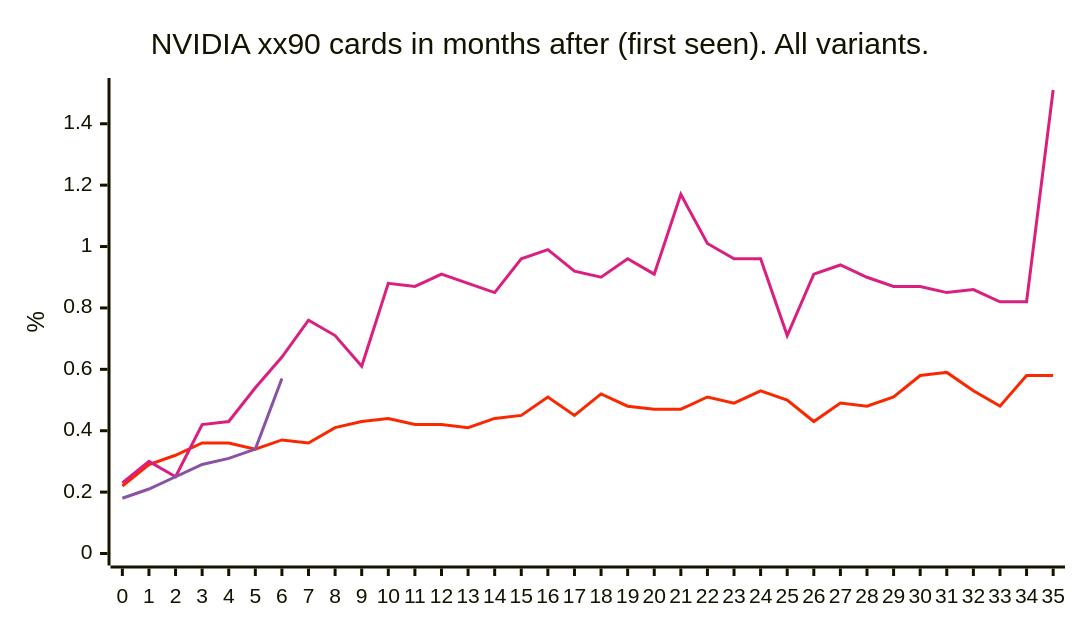
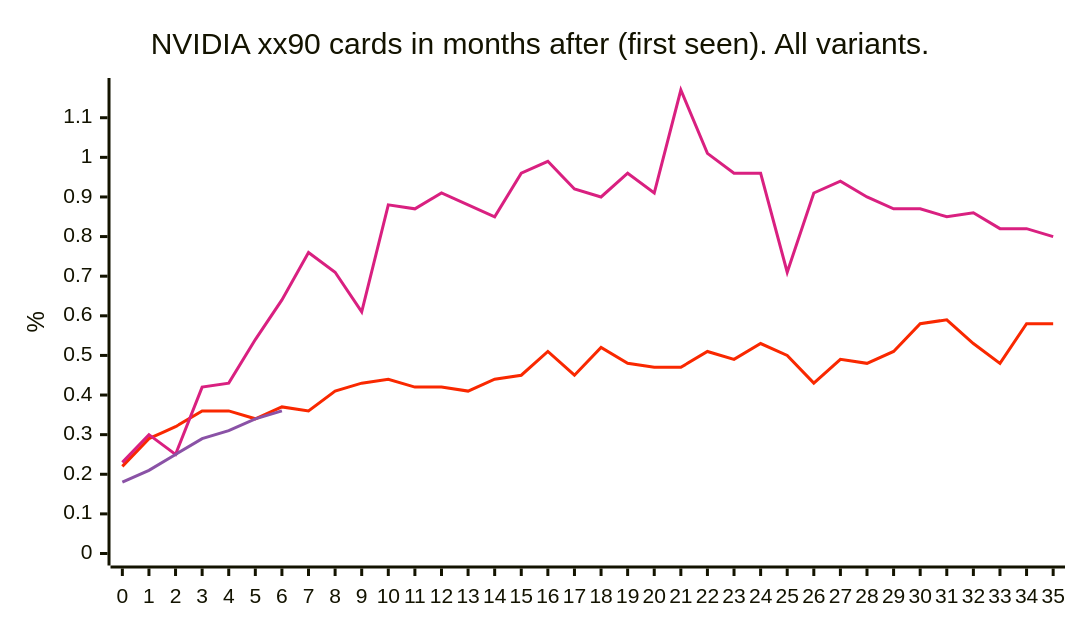
Before and after one commit to jdegene/steamHWsurvey: the second of 29 diagrams in README.md, drawn with Mermaid. The commit also changed other lines of this file and 2 other files, not shown here.

````diff
--- a/README.md
+++ b/README.md
@@ -97,24 +97,24 @@
 ```mermaid
 ---
 config:
     xyChart:
         width: 700
         height: 400
         
     themeVariables:
         xyChart:
             plotColorPalette: "#51a8a6,#f9a900,#f92800,#d92080,#8a52a6"
 
 --- 
 
 
 xychart-beta
     title "NVIDIA xx90 cards in months after (first seen). All variants."
     x-axis[0, 1, 2, 3, 4, 5, 6, 7, 8, 9, 10, 11, 12, 13, 14, 15, 16, 17, 18, 19, 20, 21, 22, 23, 24, 25, 26, 27, 28, 29, 30, 31, 32, 33, 34, 35]
     y-axis "%" 
     line [0]
     line [0]
     line [0.22, 0.29, 0.32, 0.36, 0.36, 0.33999999999999997, 0.37, 0.36, 0.41000000000000003, 0.43, 0.44, 0.42, 0.42, 0.41000000000000003, 0.44, 0.44999999999999996, 0.51, 0.44999999999999996, 0.52, 0.48, 0.47000000000000003, 0.47000000000000003, 0.51, 0.49, 0.53, 0.5, 0.43, 0.49, 0.48, 0.51, 0.58, 0.59, 0.53, 0.48, 0.58, 0.58]
-    line [0.22999999999999998, 0.3, 0.25, 0.42, 0.43, 0.54, 0.64, 0.76, 0.7100000000000001, 0.61, 0.88, 0.8699999999999999, 0.91, 0.88, 0.8500000000000001, 0.96, 0.9900000000000001, 0.9199999999999999, 0.8999999999999999, 0.96, 0.91, 1.17, 1.01, 0.96, 0.96, 0.7100000000000001, 0.91, 0.9400000000000001, 0.8999999999999999, 0.8699999999999999, 0.8699999999999999, 0.8500000000000001, 0.86, 0.8200000000000001, 0.8200000000000001, 1.51]
-    line [0.18, 0.21, 0.25, 0.29, 0.31, 0.33999999999999997, 0.5700000000000001]
+    line [0.22999999999999998, 0.3, 0.25, 0.42, 0.43, 0.54, 0.64, 0.76, 0.7100000000000001, 0.61, 0.88, 0.8699999999999999, 0.91, 0.88, 0.8500000000000001, 0.96, 0.9900000000000001, 0.9199999999999999, 0.8999999999999999, 0.96, 0.91, 1.17, 1.01, 0.96, 0.96, 0.7100000000000001, 0.91, 0.9400000000000001, 0.8999999999999999, 0.8699999999999999, 0.8699999999999999, 0.8500000000000001, 0.86, 0.8200000000000001, 0.8200000000000001, 0.8]
+    line [0.18, 0.21, 0.25, 0.29, 0.31, 0.33999999999999997, 0.36]
 ``` 
````
